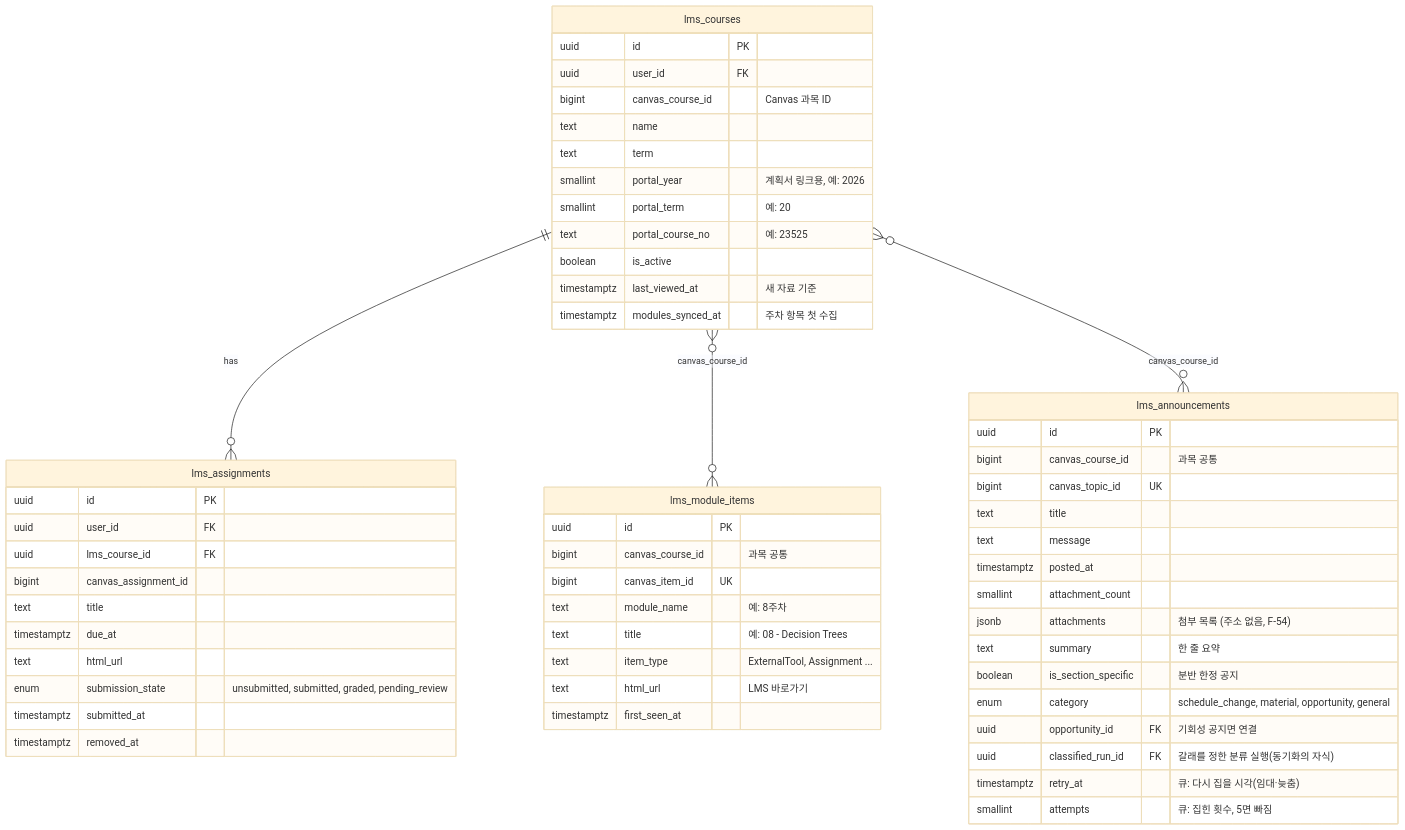
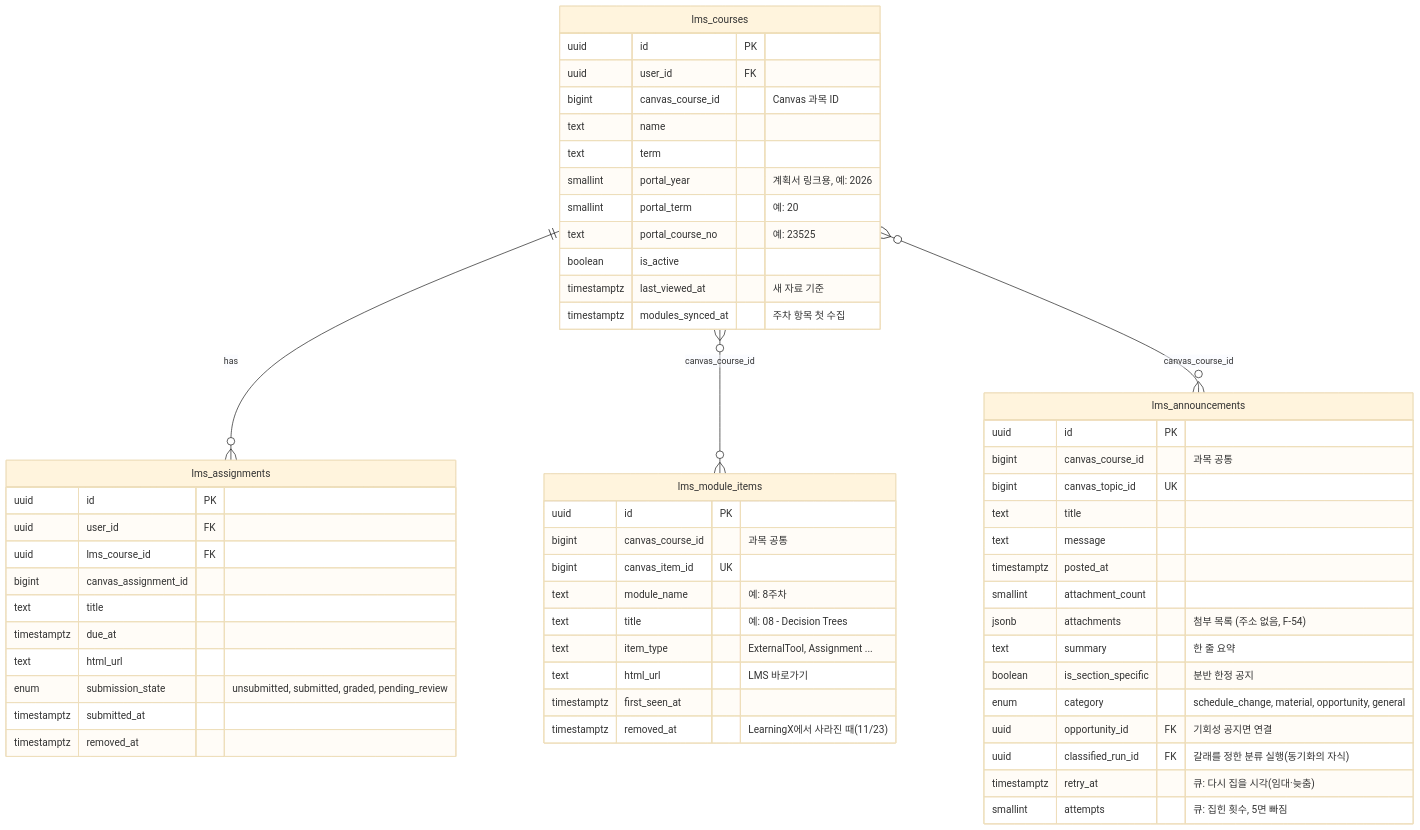
Before and after one commit to Happy623623/Unipivot: the third of 6 diagrams in docs/ERD_v0.9.md, drawn with Mermaid (base theme). The commit also changed other lines of this file and 10 other files, not shown here.

Commit message:
fix(F-52): LearningX에서 사라진 주차 항목을 자료 탭·새 학업 정보에서 빼기 — 사용자 피드백 2①

````diff
--- a/docs/ERD_v0.9.md
+++ b/docs/ERD_v0.9.md
@@ -214,58 +214,59 @@
 ```mermaid
 erDiagram
     lms_courses {
         uuid id PK
         uuid user_id FK
         bigint canvas_course_id "Canvas 과목 ID"
         text name
         text term
         smallint portal_year "계획서 링크용, 예: 2026"
         smallint portal_term "예: 20"
         text portal_course_no "예: 23525"
         boolean is_active
         timestamptz last_viewed_at "새 자료 기준"
         timestamptz modules_synced_at "주차 항목 첫 수집"
     }
     lms_assignments {
         uuid id PK
         uuid user_id FK
         uuid lms_course_id FK
         bigint canvas_assignment_id
         text title
         timestamptz due_at
         text html_url
         enum submission_state "unsubmitted, submitted, graded, pending_review"
         timestamptz submitted_at
         timestamptz removed_at
     }
     lms_module_items {
         uuid id PK
         bigint canvas_course_id "과목 공통"
         bigint canvas_item_id UK
         text module_name "예: 8주차"
         text title "예: 08 - Decision Trees"
         text item_type "ExternalTool, Assignment ..."
         text html_url "LMS 바로가기"
         timestamptz first_seen_at
+        timestamptz removed_at "LearningX에서 사라진 때(11/23)"
     }
     lms_announcements {
         uuid id PK
         bigint canvas_course_id "과목 공통"
         bigint canvas_topic_id UK
         text title
         text message
         timestamptz posted_at
         smallint attachment_count
         jsonb attachments "첨부 목록 (주소 없음, F-54)"
         text summary "한 줄 요약"
         boolean is_section_specific "분반 한정 공지"
         enum category "schedule_change, material, opportunity, general"
         uuid opportunity_id FK "기회성 공지면 연결"
         uuid classified_run_id FK "갈래를 정한 분류 실행(동기화의 자식)"
         timestamptz retry_at "큐: 다시 집을 시각(임대·늦춤)"
         smallint attempts "큐: 집힌 횟수, 5면 빠짐"
     }
     lms_courses ||--o{ lms_assignments : "has"
     lms_courses }o--o{ lms_module_items : "canvas_course_id"
     lms_courses }o--o{ lms_announcements : "canvas_course_id"
 ```
````
